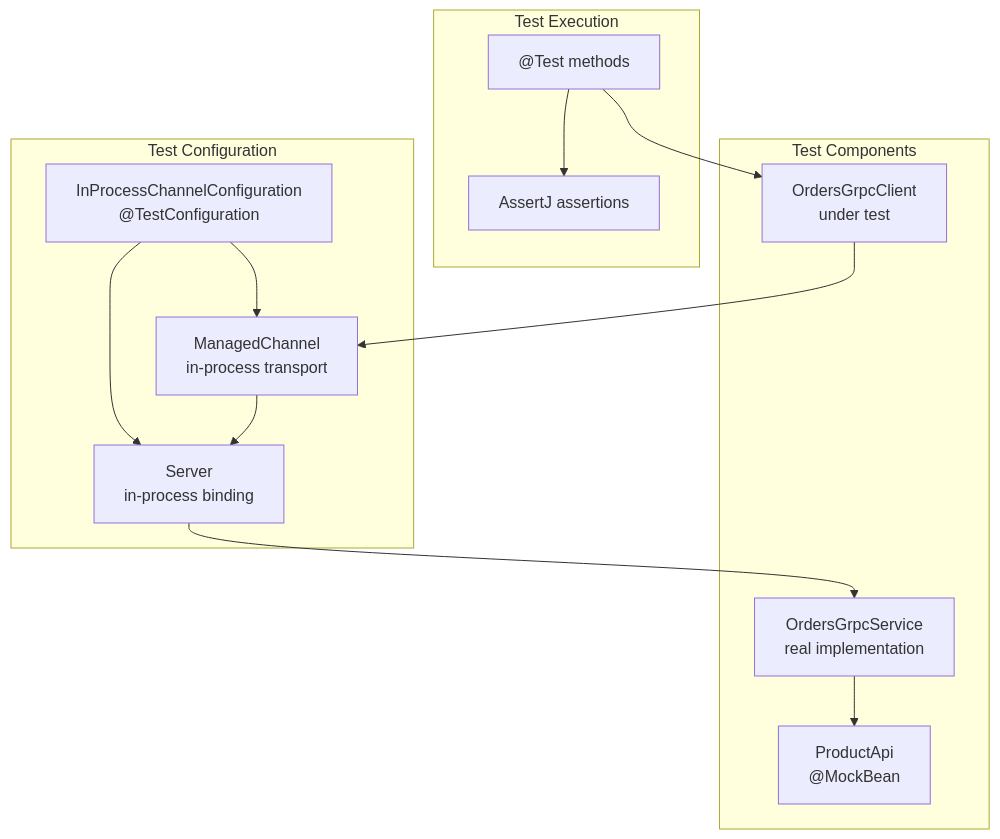
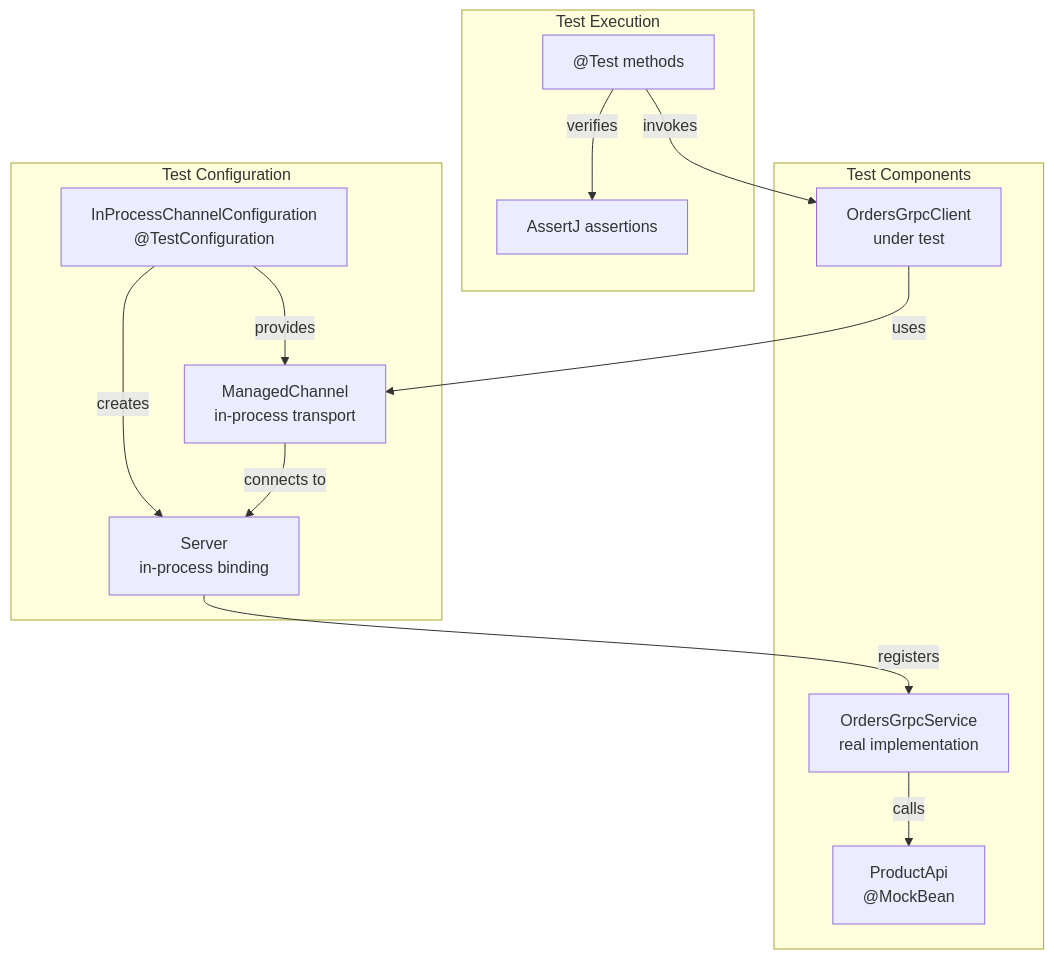
Before and after one commit to philipz/spring-modular-monolith: the seventh of 7 diagrams in docs/deepwiki/gRPC-Client-and-Retry-Logic.md, drawn with Mermaid. The commit also changed other lines of this file and 55 other files, not shown here.

````diff
--- a/docs/deepwiki/gRPC-Client-and-Retry-Logic.md
+++ b/docs/deepwiki/gRPC-Client-and-Retry-Logic.md
@@ -428,38 +428,38 @@
 ```mermaid
 flowchart TD
 
 TestConfig["InProcessChannelConfiguration<br>@TestConfiguration"]
 InProcessChannel["ManagedChannel<br>in-process transport"]
 InProcessServer["Server<br>in-process binding"]
 OrdersGrpcClient["OrdersGrpcClient<br>under test"]
 OrdersGrpcService["OrdersGrpcService<br>real implementation"]
 MockProductApi["ProductApi<br>@MockBean"]
 TestMethod["@Test methods"]
 Assertions["AssertJ assertions"]
 
-InProcessServer --> OrdersGrpcService
-OrdersGrpcClient --> InProcessChannel
-TestMethod --> OrdersGrpcClient
+InProcessServer -->|"registers"| OrdersGrpcService
+OrdersGrpcClient -->|"uses"| InProcessChannel
+TestMethod -->|"invokes"| OrdersGrpcClient
 
 subgraph subGraph2 ["Test Execution"]
     TestMethod
     Assertions
-    TestMethod --> Assertions
+    TestMethod -->|"verifies"| Assertions
 end
 
 subgraph subGraph1 ["Test Components"]
     OrdersGrpcClient
     OrdersGrpcService
     MockProductApi
-    OrdersGrpcService --> MockProductApi
+    OrdersGrpcService -->|"calls"| MockProductApi
 end
 
 subgraph subGraph0 ["Test Configuration"]
     TestConfig
     InProcessChannel
     InProcessServer
-    TestConfig --> InProcessChannel
-    TestConfig --> InProcessServer
-    InProcessChannel --> InProcessServer
+    TestConfig -->|"provides"| InProcessChannel
+    TestConfig -->|"creates"| InProcessServer
+    InProcessChannel -->|"connects to"| InProcessServer
 end
 ```
````
